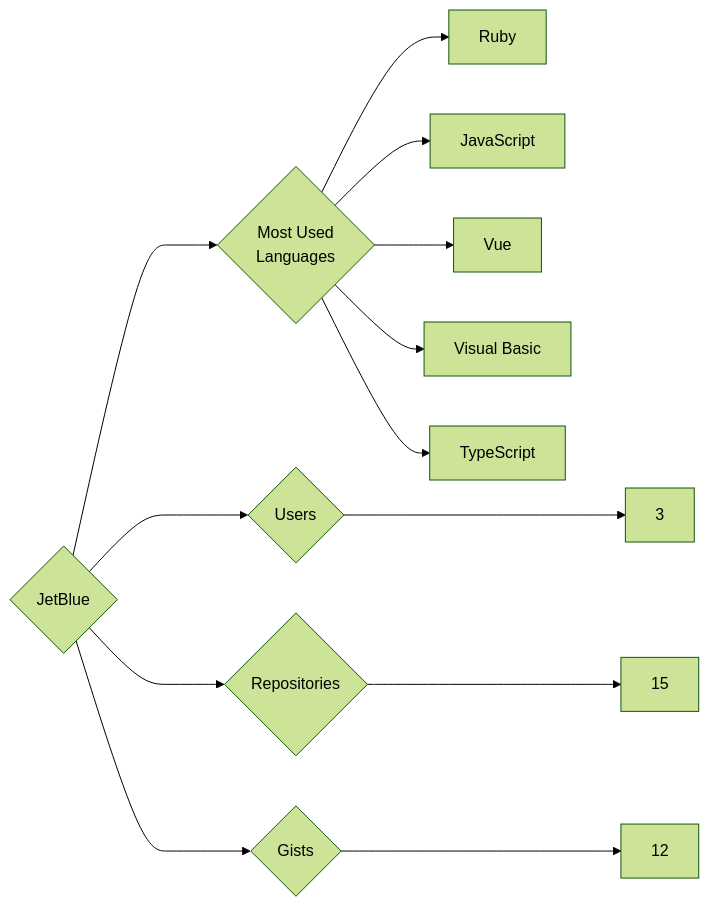
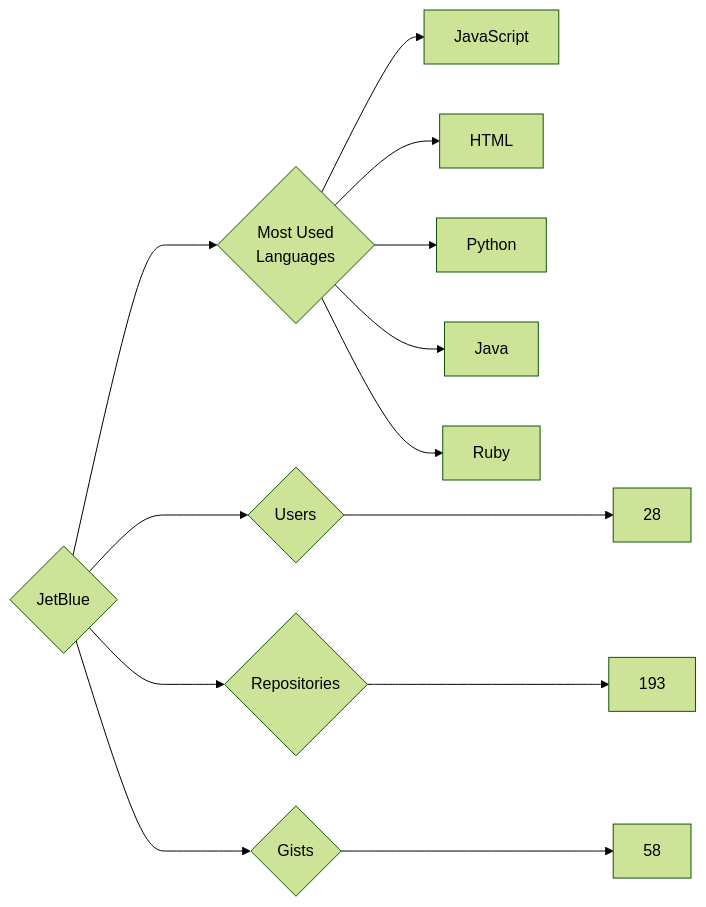
One commit to trickest/insiders changed the diagram in targets/JetBlue/README.md. Above: the diagram before and after it, drawn with Mermaid (forest theme). The commit also changed 782 other files, not shown here.

````diff
--- a/targets/JetBlue/README.md
+++ b/targets/JetBlue/README.md
@@ -3,13 +3,13 @@
 ```mermaid
 graph LR
 COMPANY_NAME{JetBlue}
-COMPANY_NAME ---> U{Users} ---> UN[3]
-COMPANY_NAME ---> R{Repositories} ---> RN[15]
-COMPANY_NAME ---> G{Gists} ---> GN[12]
+COMPANY_NAME ---> U{Users} ---> UN[28]
+COMPANY_NAME ---> R{Repositories} ---> RN[193]
+COMPANY_NAME ---> G{Gists} ---> GN[58]
 COMPANY_NAME ---> ML{Most Used<br>Languages}
+ML --> JavaScript[JavaScript]
+ML --> HTML[HTML]
+ML --> Python[Python]
+ML --> Java[Java]
 ML --> Ruby[Ruby]
-ML --> JavaScript[JavaScript]
-ML --> Vue[Vue]
-ML --> Visual_Basic[Visual Basic]
-ML --> TypeScript[TypeScript]
 ```
````
